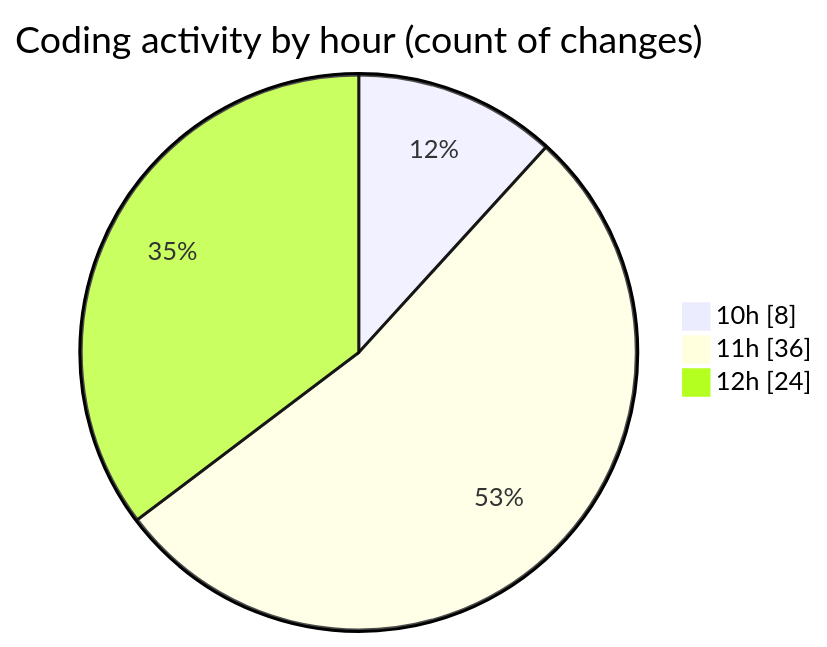
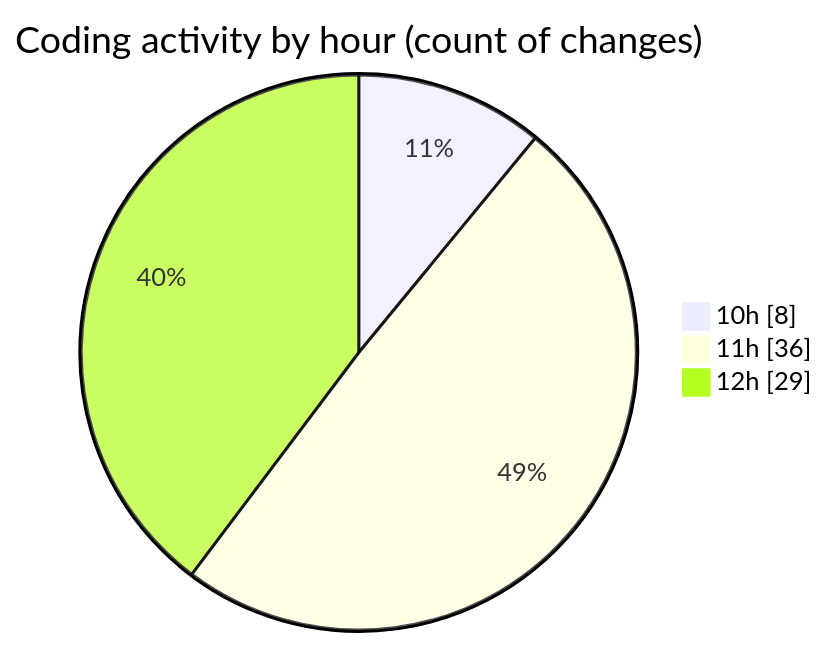
Before and after one commit to CELIANVF/code-tracking: the second of 2 diagrams in 2025-05-16/python_app_deploy/README.md, drawn with Mermaid. The commit also changed other lines of this file and 1 other file, not shown here.

````diff
--- a/2025-05-16/python_app_deploy/README.md
+++ b/2025-05-16/python_app_deploy/README.md
@@ -42,7 +43,7 @@
 ```mermaid
 pie showData
 title Coding activity by hour (count of changes)
 "10h" : 8
 "11h" : 36
-"12h" : 24
+"12h" : 29
 ```
````
